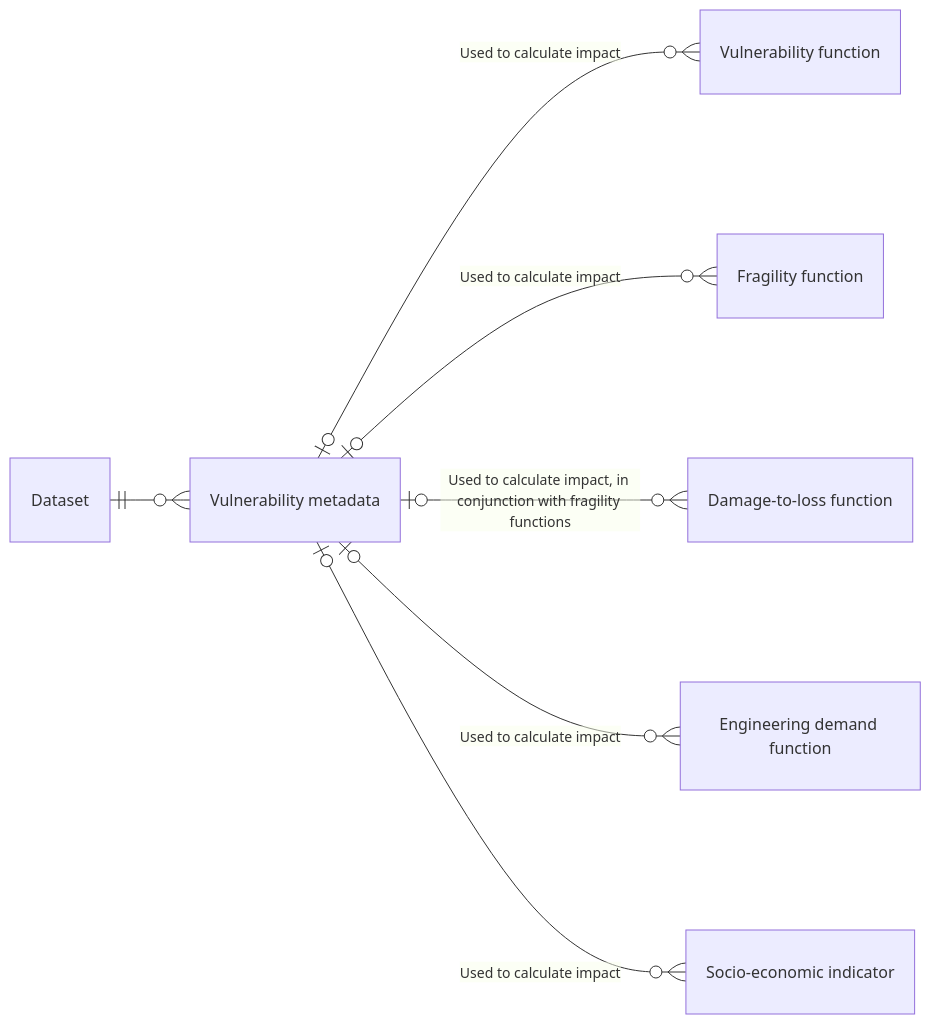
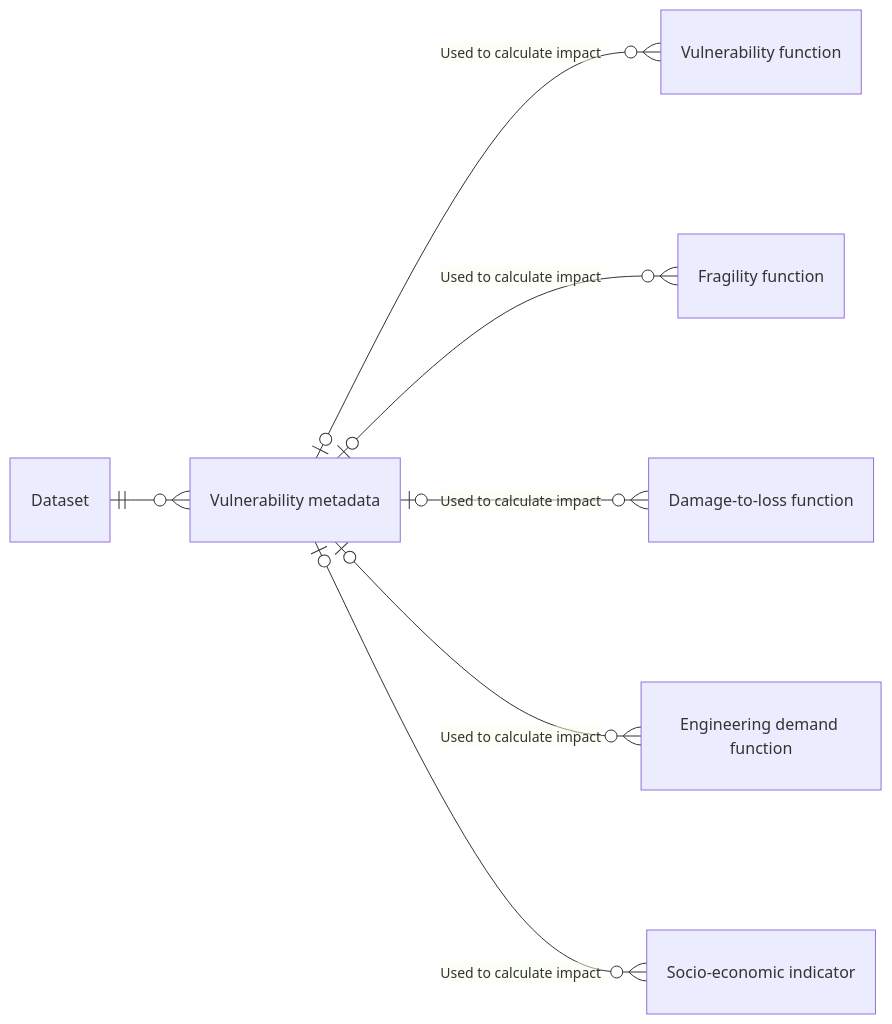
The diagram in docs/reference/schema/vulnerability.md (GFDRR/rdl-standard), drawn with Mermaid before and after one commit. The commit also changed other lines of this file and 5 other files, not shown here.

Commit message:
Update schema references and diagrams; bump schema version ref to 1_0_0 in index

````diff
--- a/docs/reference/schema/vulnerability.md
+++ b/docs/reference/schema/vulnerability.md
@@ -78,15 +25,15 @@
 ```{mermaid}
     erDiagram
         Direction LR
 
         "Vulnerability metadata" {
         }
 
         Dataset ||--o{ "Vulnerability metadata": ""
         "Vulnerability metadata" o|--o{ "Vulnerability function": "Used to calculate impact"
         "Vulnerability metadata" o|--o{ "Fragility function": "Used to calculate impact"
-        "Vulnerability metadata" o|--o{ "Damage-to-loss function": "Used to calculate impact, in conjunction with fragility functions"
+        "Vulnerability metadata" o|--o{ "Damage-to-loss function": "Used to calculate impact"
         "Vulnerability metadata" o|--o{ "Engineering demand function": "Used to calculate impact"
         "Vulnerability metadata" o|--o{ "Socio-economic indicator": "Used to calculate impact"
 
 ```
````
